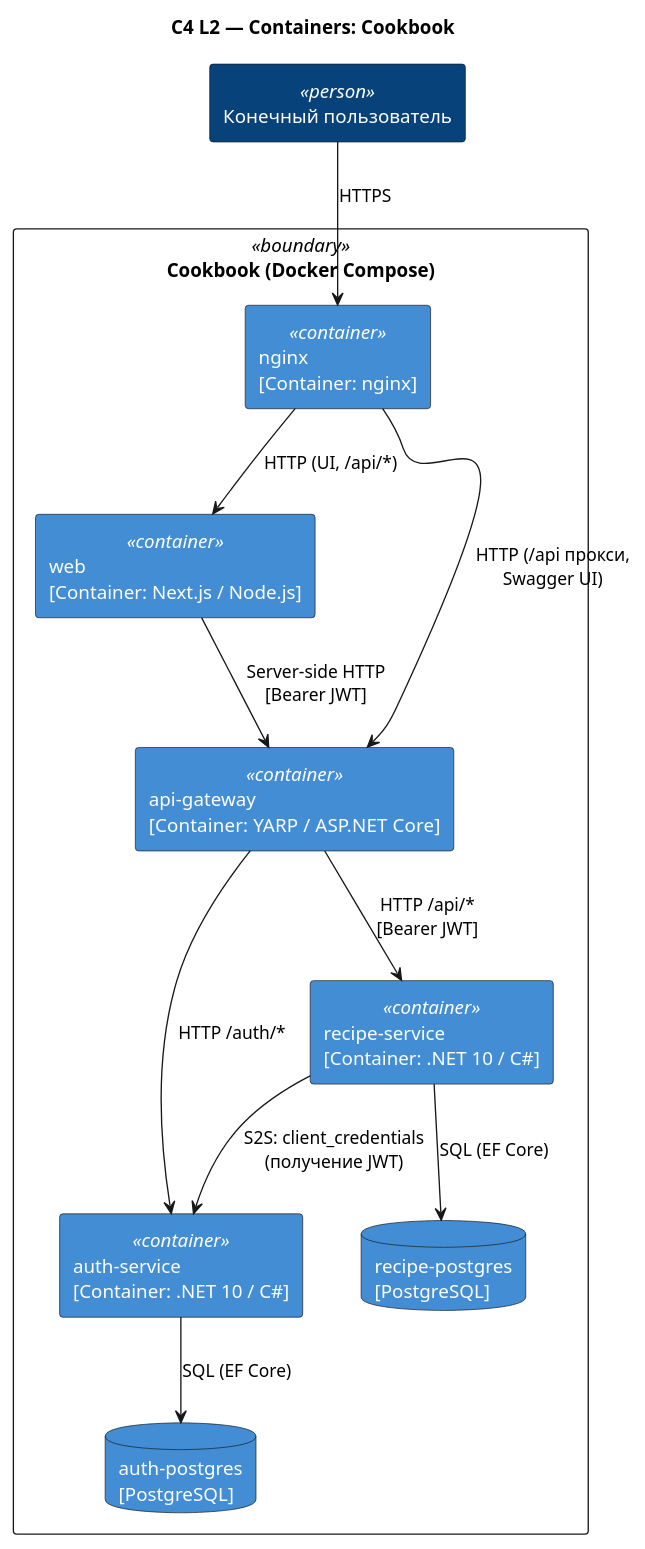
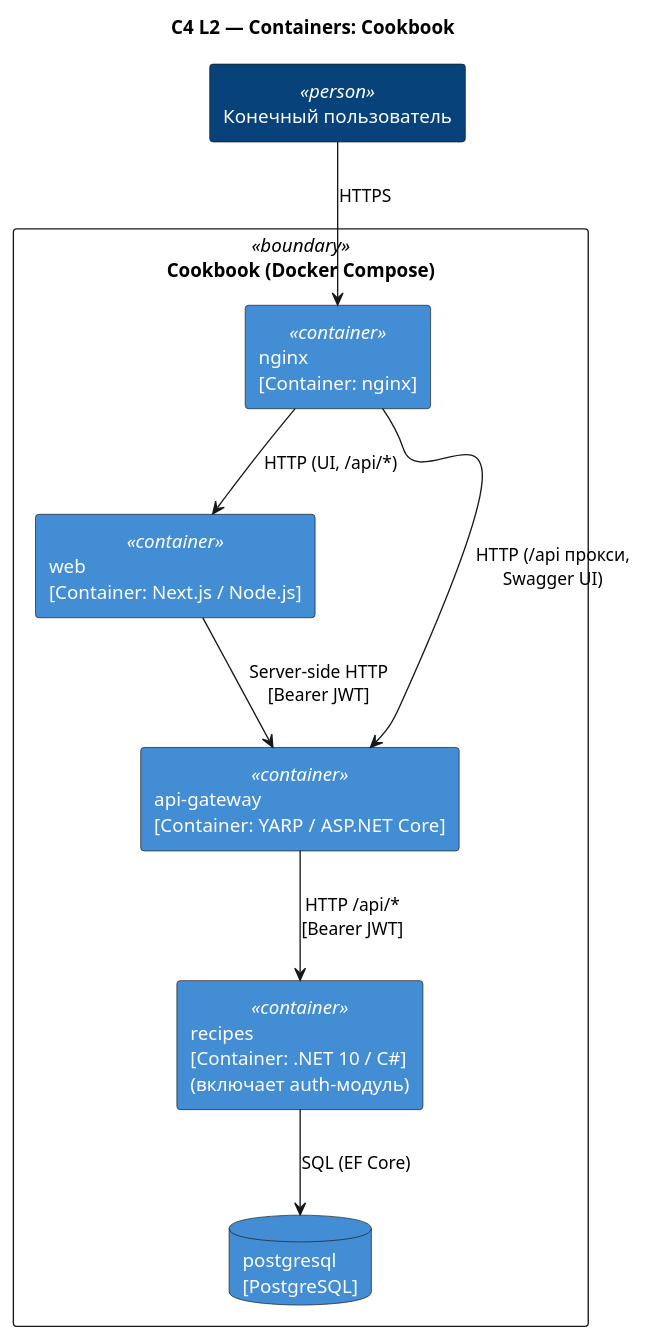
Before and after one commit to pavlovtg/otus-06-cookbook: the diagram in docs/architecture/diagrams/c4-containers.md, drawn with PlantUML. The commit also changed other lines of this file and 206 other files, not shown here.

````diff
--- a/docs/architecture/diagrams/c4-containers.md
+++ b/docs/architecture/diagrams/c4-containers.md
@@ -11,41 +11,35 @@
 ```plantuml
 @startuml
 title C4 L2 — Containers: Cookbook
 
 skinparam rectangle {
   BackgroundColor<<container>> #438DD5
   FontColor<<container>> white
   BackgroundColor<<person>> #08427B
   FontColor<<person>> white
   BackgroundColor<<boundary>> transparent
 }
 skinparam database {
   BackgroundColor #438DD5
   FontColor white
 }
 
 rectangle "Конечный пользователь" as user <<person>>
 
 rectangle "Cookbook (Docker Compose)" as sys <<boundary>> {
   rectangle "nginx\n[Container: nginx]" as nginx <<container>>
   rectangle "web\n[Container: Next.js / Node.js]" as web <<container>>
   rectangle "api-gateway\n[Container: YARP / ASP.NET Core]" as yarp <<container>>
 
-  rectangle "auth-service\n[Container: .NET 10 / C#]" as auth <<container>>
-  database "auth-postgres\n[PostgreSQL]" as authPg
-
-  rectangle "recipe-service\n[Container: .NET 10 / C#]" as recipe <<container>>
-  database "recipe-postgres\n[PostgreSQL]" as recipePg
+  rectangle "recipes\n[Container: .NET 10 / C#]\n(включает auth-модуль)" as recipe <<container>>
+  database "postgresql\n[PostgreSQL]" as pg
 }
 
-user  --> nginx  : HTTPS
-nginx --> web    : HTTP (UI, /api/*)
-nginx --> yarp   : HTTP (/api прокси,\nSwagger UI)
-web   --> yarp   : Server-side HTTP\n[Bearer JWT]
-yarp  --> auth   : HTTP /auth/*
-yarp  --> recipe : HTTP /api/*\n[Bearer JWT]
-recipe --> auth  : S2S: client_credentials\n(получение JWT)
-auth   --> authPg   : SQL (EF Core)
-recipe --> recipePg : SQL (EF Core)
+user   --> nginx  : HTTPS
+nginx  --> web    : HTTP (UI, /api/*)
+nginx  --> yarp   : HTTP (/api прокси,\nSwagger UI)
+web    --> yarp   : Server-side HTTP\n[Bearer JWT]
+yarp   --> recipe : HTTP /api/*\n[Bearer JWT]
+recipe --> pg     : SQL (EF Core)
 @enduml
 ```
````
